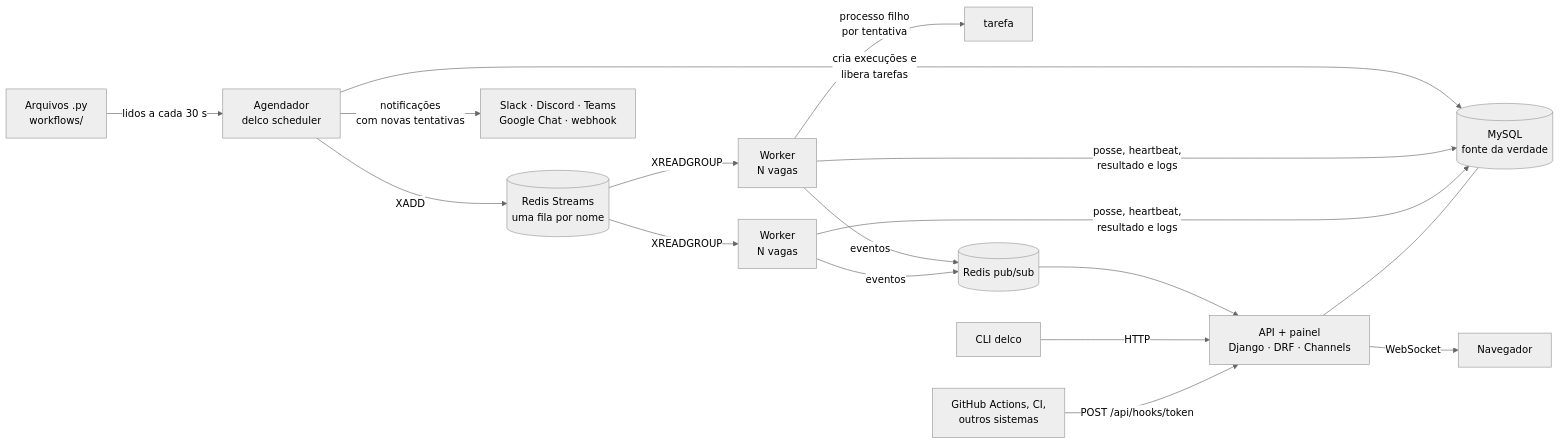
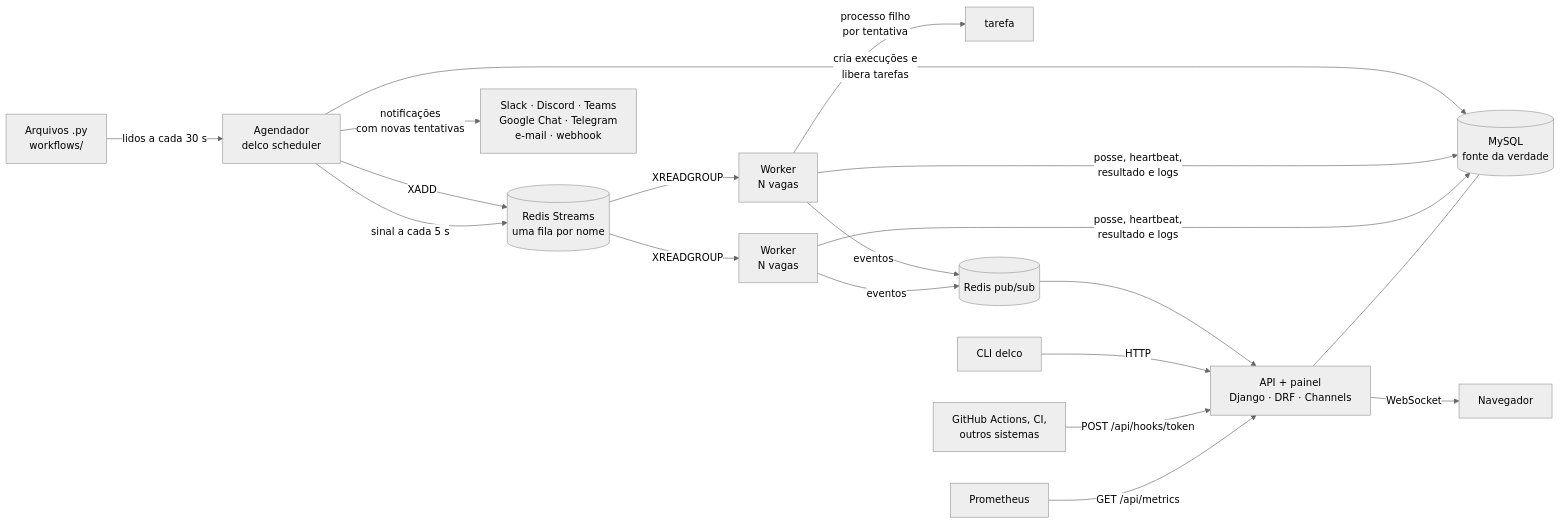
Before and after one commit to ravelroot/Workflow-Orchestration-Engine: the diagram in README.md, drawn with Mermaid (neutral theme). The commit also changed other lines of this file and 129 other files, not shown here.

````diff
--- a/README.md
+++ b/README.md
@@ -52,17 +78,19 @@
 ```mermaid
 flowchart LR
     DEV["Arquivos .py<br/>workflows/"] -->|lidos a cada 30 s| SCH["Agendador<br/>delco scheduler"]
     SCH -- "cria execuções e<br/>libera tarefas" --> PG[("MySQL<br/>fonte da verdade")]
     SCH -- "XADD" --> RS[("Redis Streams<br/>uma fila por nome")]
     RS -- "XREADGROUP" --> W1["Worker<br/>N vagas"]
     RS -- "XREADGROUP" --> W2["Worker<br/>N vagas"]
     W1 -- "processo filho<br/>por tentativa" --> T1["tarefa"]
     W1 & W2 -- "posse, heartbeat,<br/>resultado e logs" --> PG
     W1 & W2 -- "eventos" --> PS[("Redis pub/sub")]
     PS --> API["API + painel<br/>Django · DRF · Channels"]
     API -- "WebSocket" --> UI["Navegador"]
     API --- PG
     CLI["CLI delco"] -->|HTTP| API
     CI["GitHub Actions, CI,<br/>outros sistemas"] -- "POST /api/hooks/token" --> API
-    SCH -- "notificações<br/>com novas tentativas" --> NT["Slack · Discord · Teams<br/>Google Chat · webhook"]
+    SCH -- "notificações<br/>com novas tentativas" --> NT["Slack · Discord · Teams<br/>Google Chat · Telegram<br/>e-mail · webhook"]
+    SCH -- "sinal a cada 5 s" --> RS
+    PR["Prometheus"] -- "GET /api/metrics" --> API
 ```
````
